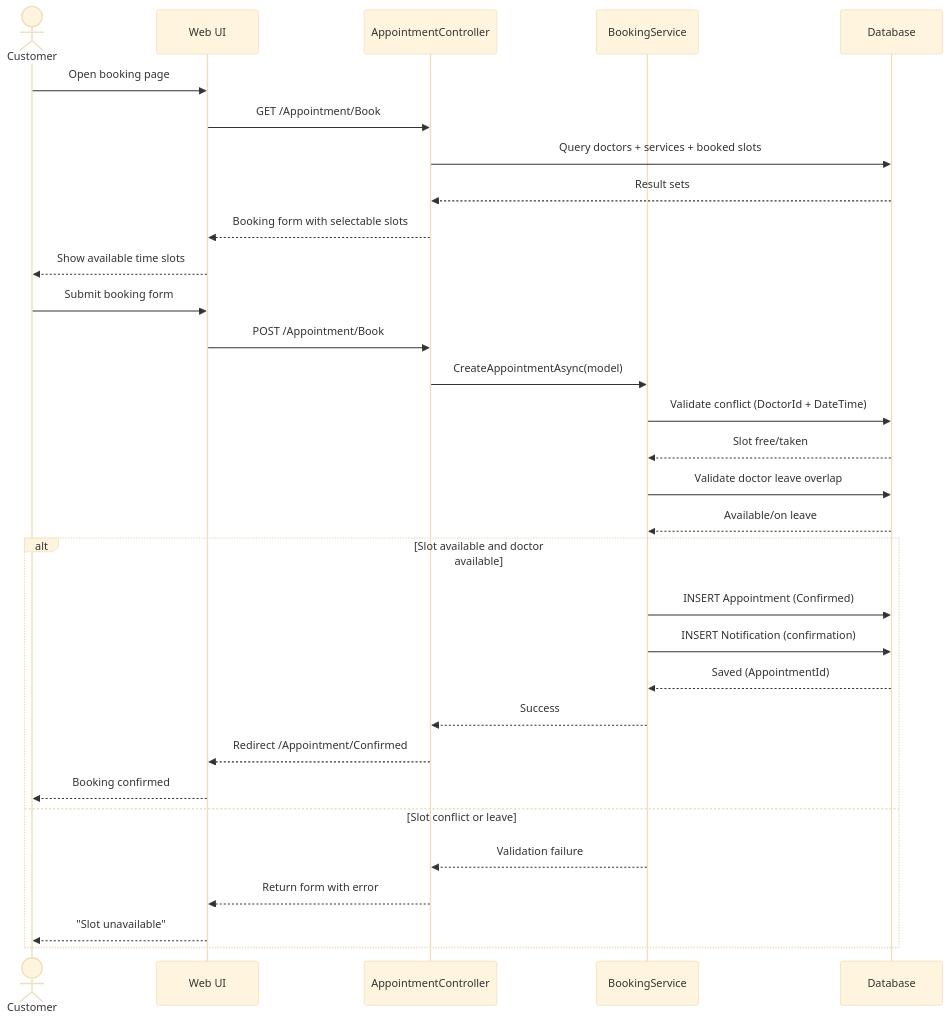
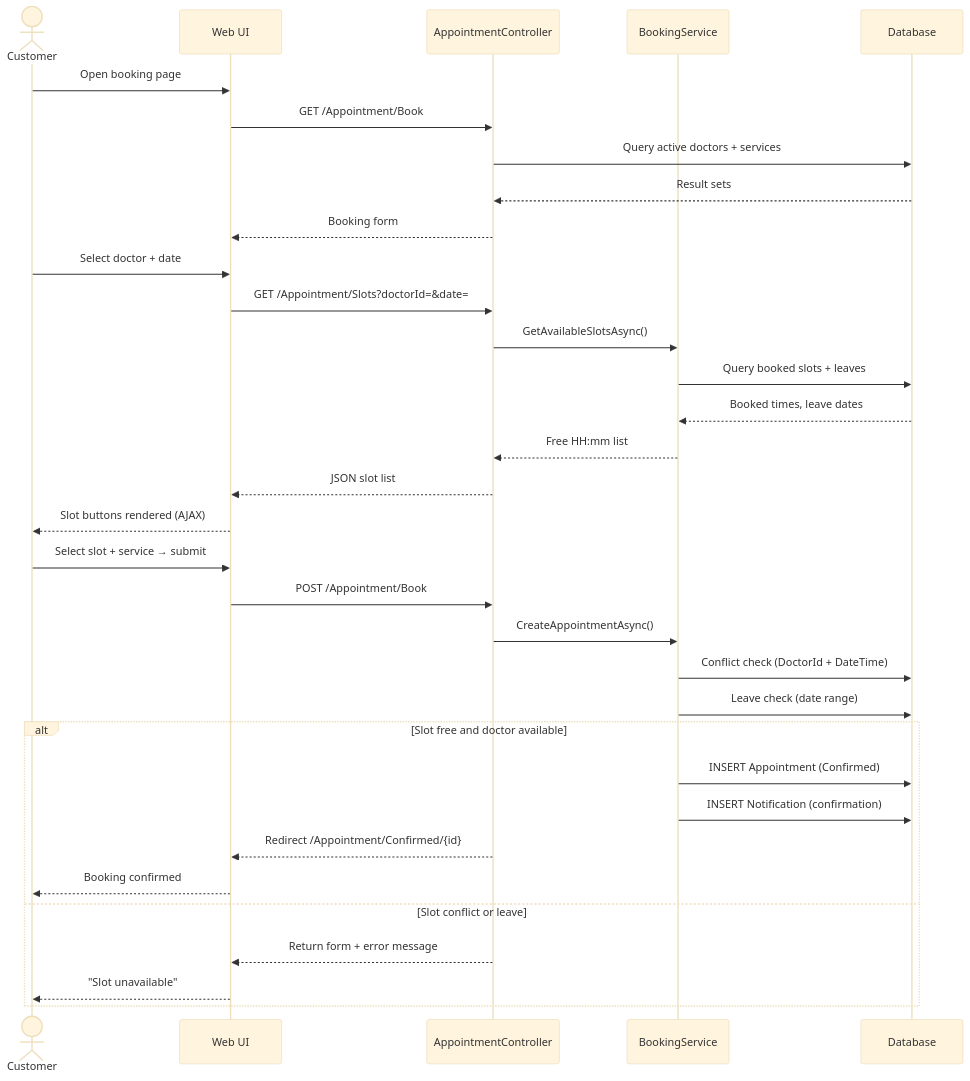
One commit to 1sevvalyesilyurt/dentacare changed the fourth of 10 diagrams in Dental_Rapor.md. Above: the diagram before and after it, drawn with Mermaid (base theme). The commit also changed other lines of this file and 1 other file, not shown here.

````diff
--- a/Dental_Rapor.md
+++ b/Dental_Rapor.md
@@ -637,36 +576,39 @@
 ```mermaid
 sequenceDiagram
     actor Customer
     participant UI as Web UI
     participant Ctrl as AppointmentController
     participant Svc as BookingService
     participant DB as Database
 
     Customer->>UI: Open booking page
     UI->>Ctrl: GET /Appointment/Book
-    Ctrl->>DB: Query doctors + services + booked slots
+    Ctrl->>DB: Query active doctors + services
     DB-->>Ctrl: Result sets
-    Ctrl-->>UI: Booking form with selectable slots
-    UI-->>Customer: Show available time slots
+    Ctrl-->>UI: Booking form
 
-    Customer->>UI: Submit booking form
+    Customer->>UI: Select doctor + date
+    UI->>Ctrl: GET /Appointment/Slots?doctorId=&date=
+    Ctrl->>Svc: GetAvailableSlotsAsync()
+    Svc->>DB: Query booked slots + leaves
+    DB-->>Svc: Booked times, leave dates
+    Svc-->>Ctrl: Free HH:mm list
+    Ctrl-->>UI: JSON slot list
+    UI-->>Customer: Slot buttons rendered (AJAX)
+
+    Customer->>UI: Select slot + service → submit
     UI->>Ctrl: POST /Appointment/Book
-    Ctrl->>Svc: CreateAppointmentAsync(model)
-    Svc->>DB: Validate conflict (DoctorId + DateTime)
-    DB-->>Svc: Slot free/taken
-    Svc->>DB: Validate doctor leave overlap
-    DB-->>Svc: Available/on leave
+    Ctrl->>Svc: CreateAppointmentAsync()
+    Svc->>DB: Conflict check (DoctorId + DateTime)
+    Svc->>DB: Leave check (date range)
 
-    alt Slot available and doctor available
+    alt Slot free and doctor available
         Svc->>DB: INSERT Appointment (Confirmed)
         Svc->>DB: INSERT Notification (confirmation)
-        DB-->>Svc: Saved (AppointmentId)
-        Svc-->>Ctrl: Success
-        Ctrl-->>UI: Redirect /Appointment/Confirmed
+        Ctrl-->>UI: Redirect /Appointment/Confirmed/{id}
         UI-->>Customer: Booking confirmed
     else Slot conflict or leave
-        Svc-->>Ctrl: Validation failure
-        Ctrl-->>UI: Return form with error
+        Ctrl-->>UI: Return form + error message
         UI-->>Customer: "Slot unavailable"
     end
 ```
````
